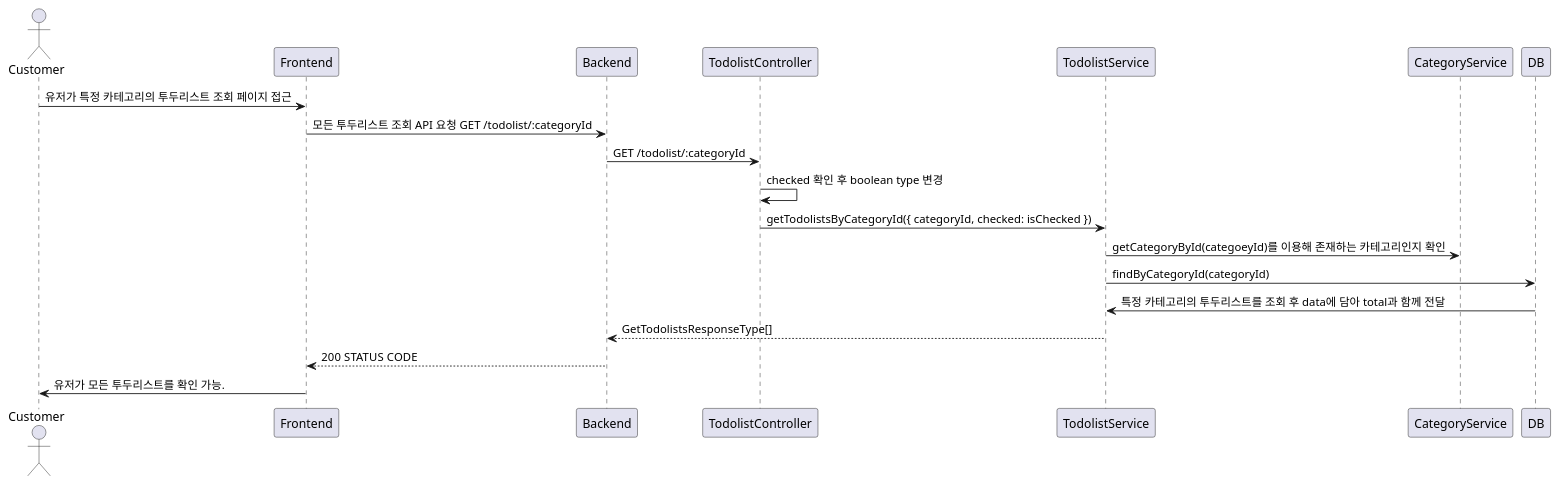
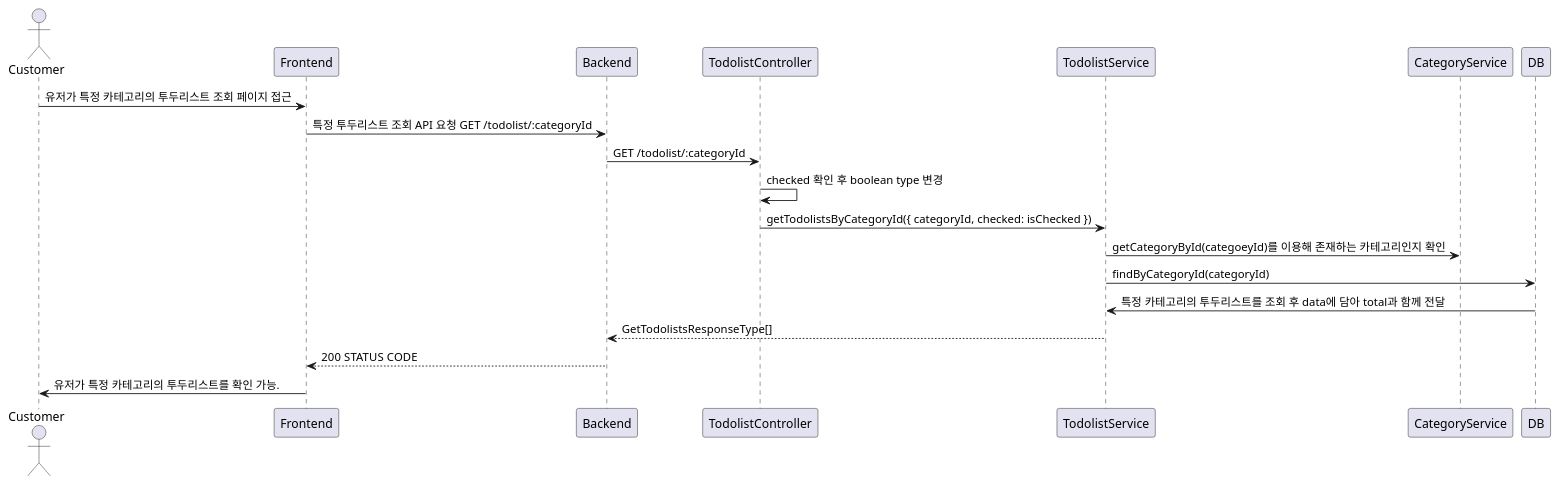
The second of 3 diagrams in server/docs/todolist/todolist.get.md (VVSOGI/todolist-remake), drawn with PlantUML before and after one commit. The commit also changed other lines of this file, not shown here.

````diff
--- a/server/docs/todolist/todolist.get.md
+++ b/server/docs/todolist/todolist.get.md
@@ -61,16 +61,16 @@
 ```plantuml
 @startuml
 actor Customer
 Customer -> Frontend: 유저가 특정 카테고리의 투두리스트 조회 페이지 접근
-    Frontend -> Backend: 모든 투두리스트 조회 API 요청 GET /todolist/:categoryId
+    Frontend -> Backend: 특정 투두리스트 조회 API 요청 GET /todolist/:categoryId
         Backend -> TodolistController: GET /todolist/:categoryId
             TodolistController -> TodolistController: checked 확인 후 boolean type 변경
             TodolistController -> TodolistService: getTodolistsByCategoryId({ categoryId, checked: isChecked })
                 TodolistService -> CategoryService: getCategoryById(categoeyId)를 이용해 존재하는 카테고리인지 확인
                 TodolistService -> DB: findByCategoryId(categoryId)
                 DB -> TodolistService: 특정 카테고리의 투두리스트를 조회 후 data에 담아 total과 함께 전달
             Backend <-- TodolistService: GetTodolistsResponseType[]
     Frontend <-- Backend: 200 STATUS CODE
-Customer <- Frontend: 유저가 모든 투두리스트를 확인 가능.
+Customer <- Frontend: 유저가 특정 카테고리의 투두리스트를 확인 가능.
 @enduml
 ```
````
